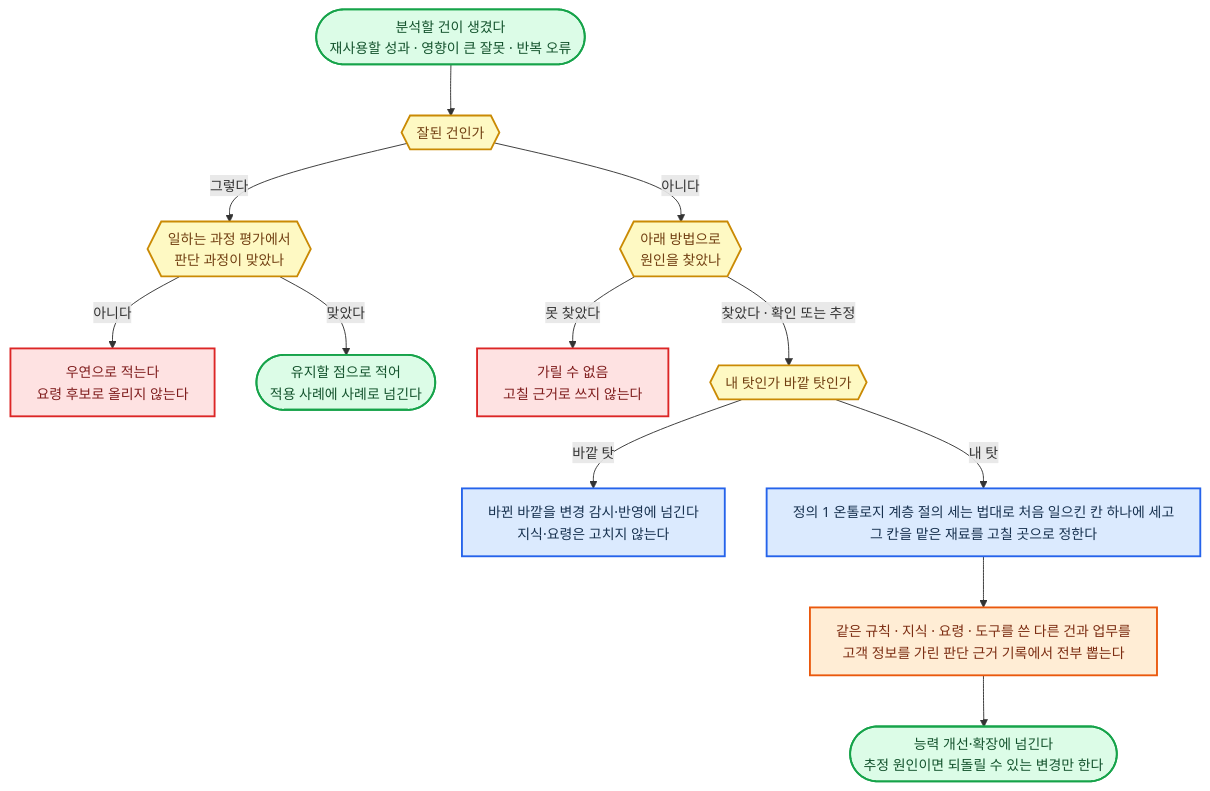
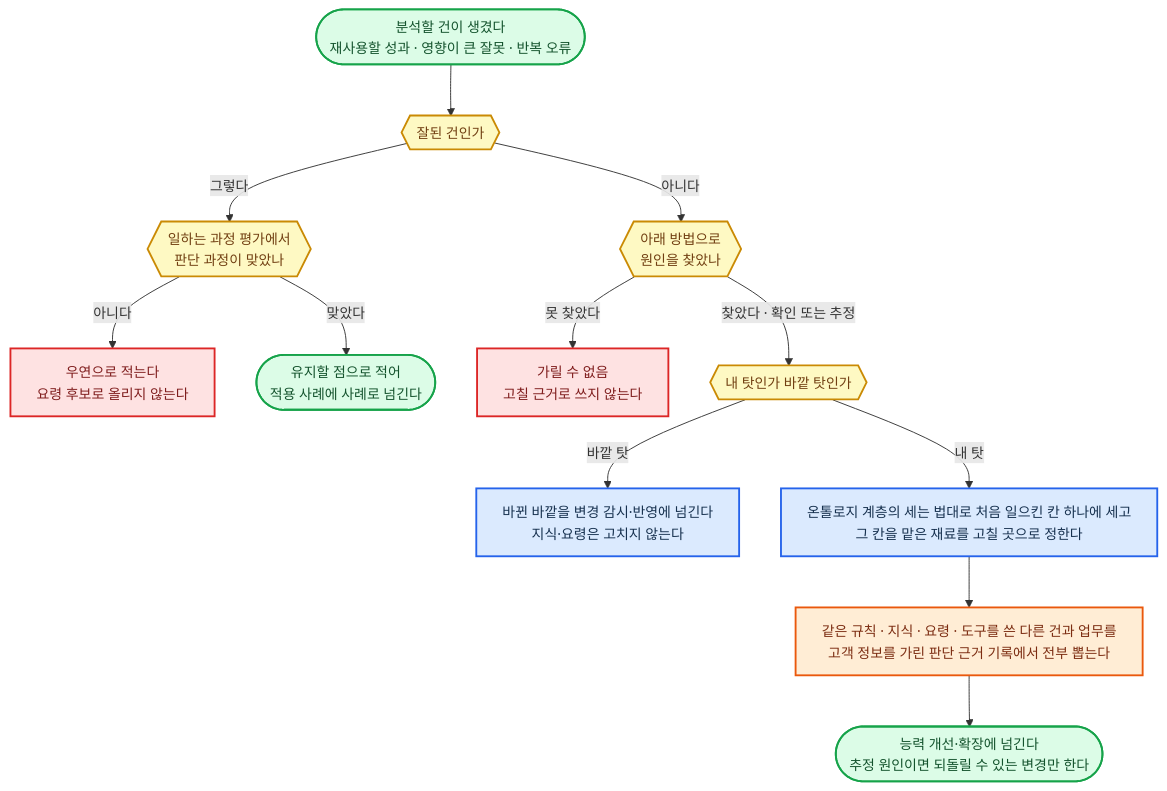
Diagram 24 of 26 in 전문가 에이전트 정의 2.md (harisbaguette/expert), drawn with Mermaid before and after one commit. The commit also changed other lines of this file, not shown here.

````diff
--- a/전문가 에이전트 정의 2.md
+++ b/전문가 에이전트 정의 2.md
@@ -2782,20 +2585,20 @@
 ```mermaid
 %%{init: {"flowchart": {"wrappingWidth": 640, "curve": "basis", "nodeSpacing": 45, "rankSpacing": 55, "padding": 14, "useMaxWidth": true}, "themeVariables": {"fontSize": "15px"}} }%%
 flowchart TB
     classDef main fill:#dbeafe,stroke:#2563eb,stroke-width:2px,color:#17314f
     classDef stop fill:#fee2e2,stroke:#dc2626,stroke-width:2px,color:#7f1d1d
     classDef back fill:#ffedd5,stroke:#ea580c,stroke-width:2px,color:#7c2d12
     classDef good fill:#dcfce7,stroke:#16a34a,stroke-width:2px,color:#14532d
     classDef note fill:#fef9c3,stroke:#ca8a04,stroke-width:2px,color:#713f12
     S(["분석할 건이 생겼다<br/>재사용할 성과 · 영향이 큰 잘못 · 반복 오류"]):::good --> GOOD{{"잘된 건인가"}}:::note
     GOOD -- "그렇다" --> PROC{{"일하는 과정 평가에서<br/>판단 과정이 맞았나"}}:::note
     PROC -- "아니다" --> LUCK["우연으로 적는다<br/>요령 후보로 올리지 않는다"]:::stop
     PROC -- "맞았다" --> KEEP(["유지할 점으로 적어<br/>적용 사례에 사례로 넘긴다"]):::good
     GOOD -- "아니다" --> EV{{"아래 방법으로<br/>원인을 찾았나"}}:::note
     EV -- "못 찾았다" --> NA["가릴 수 없음<br/>고칠 근거로 쓰지 않는다"]:::stop
     EV -- "찾았다 · 확인 또는 추정" --> WHO{{"내 탓인가 바깥 탓인가"}}:::note
     WHO -- "바깥 탓" --> OUT["바뀐 바깥을 변경 감시·반영에 넘긴다<br/>지식·요령은 고치지 않는다"]:::main
-    WHO -- "내 탓" --> CELL["정의 1 온톨로지 계층 절의 세는 법대로 처음 일으킨 칸 하나에 세고<br/>그 칸을 맡은 재료를 고칠 곳으로 정한다"]:::main
+    WHO -- "내 탓" --> CELL["온톨로지 계층의 세는 법대로 처음 일으킨 칸 하나에 세고<br/>그 칸을 맡은 재료를 고칠 곳으로 정한다"]:::main
     CELL --> ROOT["같은 규칙 · 지식 · 요령 · 도구를 쓴 다른 건과 업무를<br/>고객 정보를 가린 판단 근거 기록에서 전부 뽑는다"]:::back
     ROOT --> HAND(["능력 개선·확장에 넘긴다<br/>추정 원인이면 되돌릴 수 있는 변경만 한다"]):::good
 ```
````
